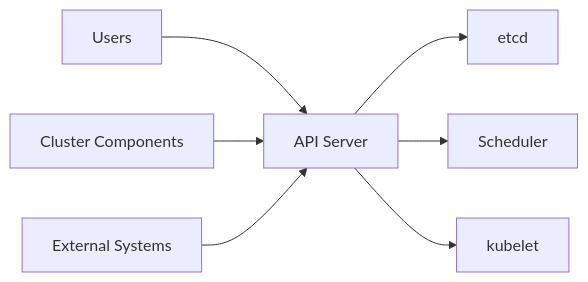
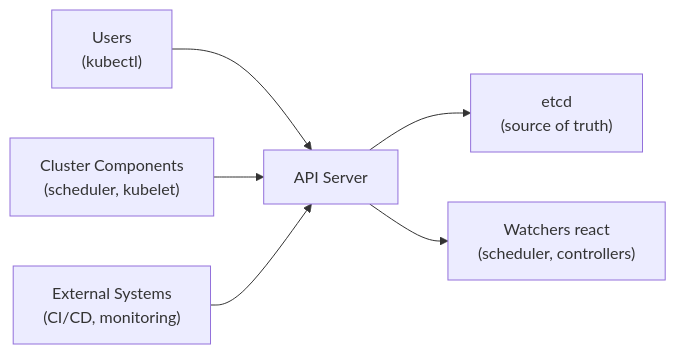
The diagram in src/courses/modules/overview/02-concepts-fondamentaux/04-kubernetes-api/en/content.md (Antoine-Flo/kube-mastery), drawn with Mermaid before and after one commit. The commit also changed other lines of this file and 290 other files, not shown here.

````diff
--- a/src/courses/modules/overview/02-concepts-fondamentaux/04-kubernetes-api/en/content.md
+++ b/src/courses/modules/overview/02-concepts-fondamentaux/04-kubernetes-api/en/content.md
@@ -5,9 +22,8 @@
 ```mermaid
-graph LR
-    A[Users] --> B[API Server]
-    C[Cluster Components] --> B
-    D[External Systems] --> B
-    B --> E[etcd]
-    B --> F[Scheduler]
-    B --> G[kubelet]
+flowchart LR
+    U["Users<br/>(kubectl)"] --> API["API Server"]
+    C["Cluster Components<br/>(scheduler, kubelet)"] --> API
+    E["External Systems<br/>(CI/CD, monitoring)"] --> API
+    API --> ETCD["etcd<br/>(source of truth)"]
+    API --> R["Watchers react<br/>(scheduler, controllers)"]
 ```
````
